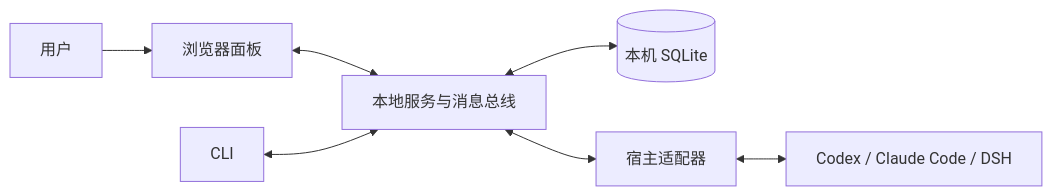
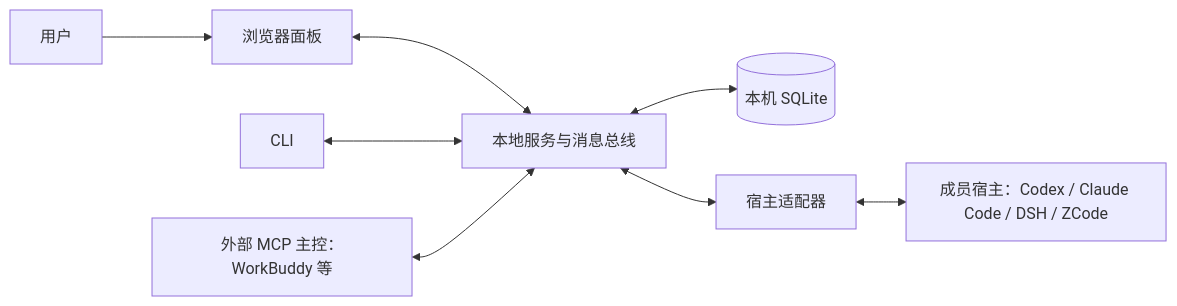
The diagram in guide/architecture.md (AlbertZhou1108/agent-team), drawn with Mermaid before and after one commit. The commit also changed other lines of this file and 6 other files, not shown here.

````diff
--- a/guide/architecture.md
+++ b/guide/architecture.md
@@ -11,9 +11,10 @@
 ```mermaid
 flowchart LR
     U[用户] --> B[浏览器面板]
     B <--> S[本地服务与消息总线]
     C[CLI] <--> S
     S <--> D[(本机 SQLite)]
     S <--> A[宿主适配器]
-    A <--> H[Codex / Claude Code / DSH]
+    A <--> H[成员宿主：Codex / Claude Code / DSH / ZCode]
+    E[外部 MCP 主控：WorkBuddy 等] <--> S
 ```
````
